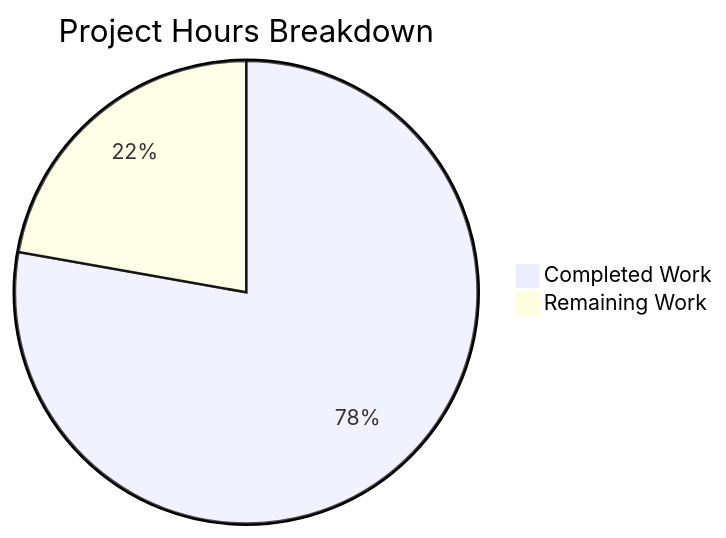
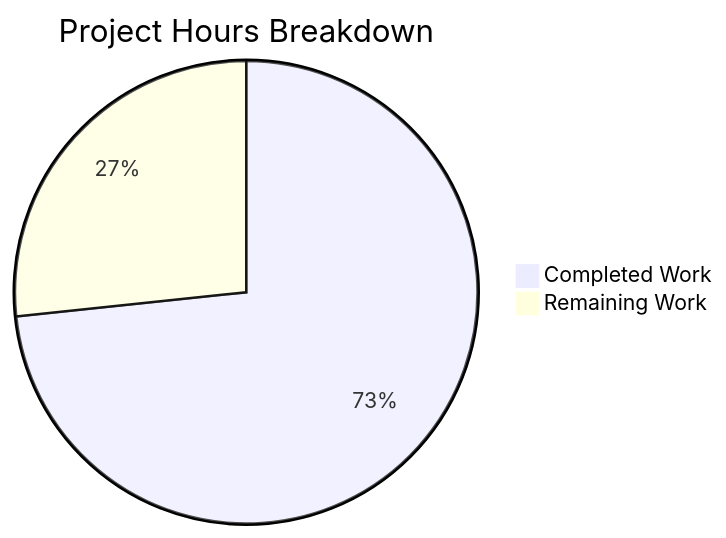
Before and after one commit to Sandeep02Kumar02/29-dec-existing-projects-qa-test-1: the diagram in blitzy/documentation/Project Guide.md, drawn with Mermaid. The commit also changed other lines of this file, not shown here.

Commit message:
Adding Blitzy Project Guide: Project Status and Human Tasks Remaining

````diff
--- a/blitzy/documentation/Project Guide.md
+++ b/blitzy/documentation/Project Guide.md
@@ -45,5 +115,5 @@
 ```mermaid
 pie title Project Hours Breakdown
-    "Completed Work" : 14
-    "Remaining Work" : 4
+    "Completed Work" : 22
+    "Remaining Work" : 8
 ```
````
